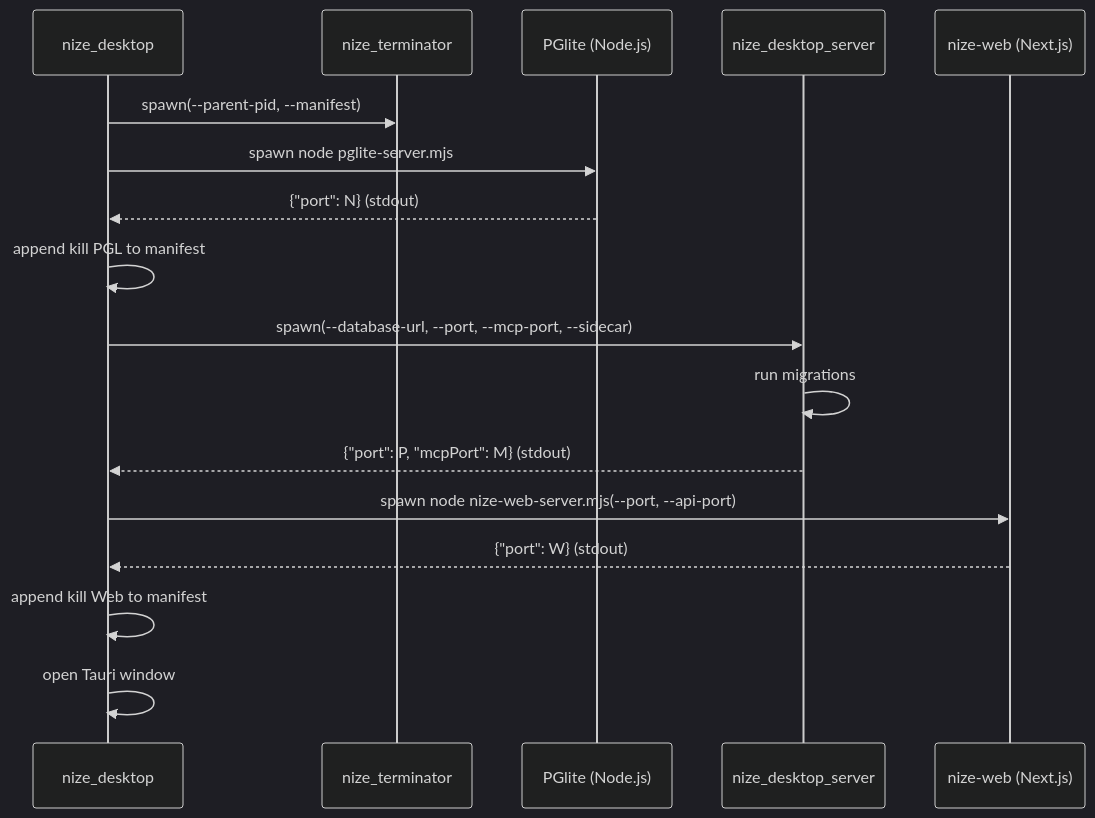
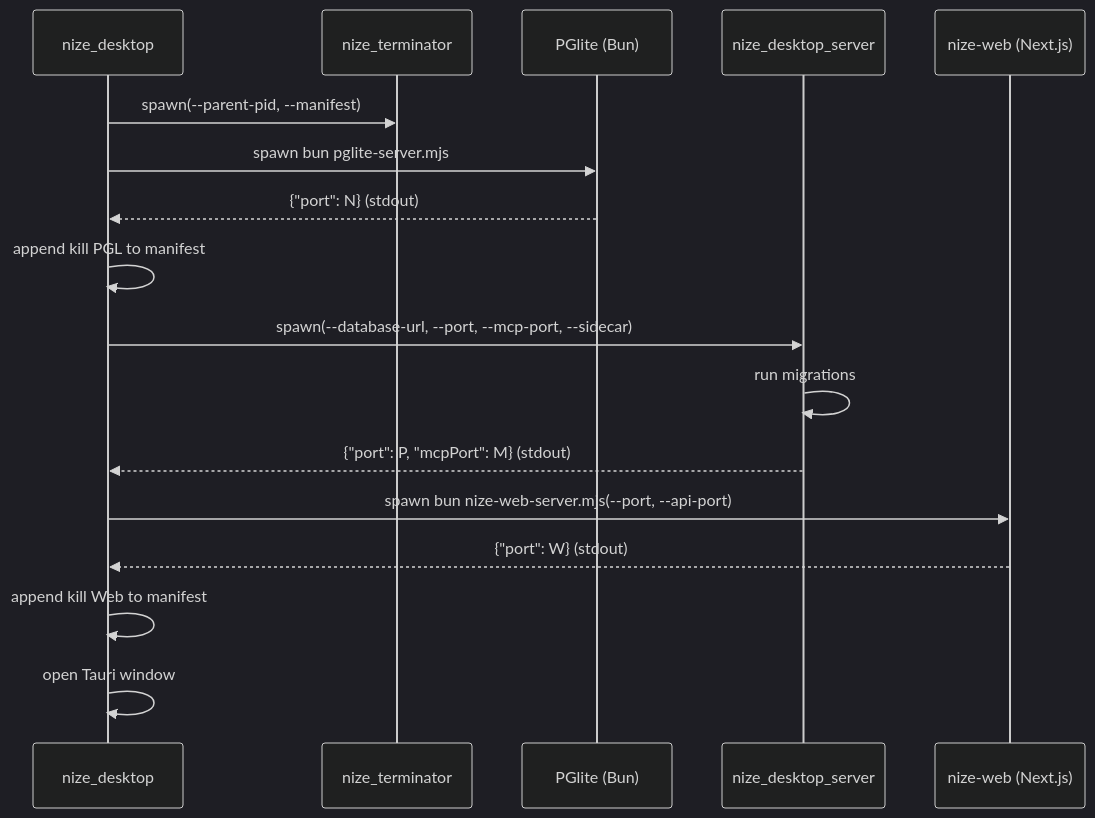
Before and after one commit to six5536/nize2: the second of 4 diagrams in .zen/specs/ARCHITECTURE.md, drawn with Mermaid (dark theme). The commit also changed other lines of this file and 27 other files, not shown here.

Commit message:
refactor: switched to bun from node

````diff
--- a/.zen/specs/ARCHITECTURE.md
+++ b/.zen/specs/ARCHITECTURE.md
@@ -276,20 +276,20 @@
 ```mermaid
 sequenceDiagram
     participant Tauri as nize_desktop
     participant Term as nize_terminator
-    participant PGL as PGlite (Node.js)
+    participant PGL as PGlite (Bun)
     participant Srv as nize_desktop_server
     participant Web as nize-web (Next.js)
 
     Tauri->>Term: spawn(--parent-pid, --manifest)
-    Tauri->>PGL: spawn node pglite-server.mjs
+    Tauri->>PGL: spawn bun pglite-server.mjs
     PGL-->>Tauri: {"port": N} (stdout)
     Tauri->>Tauri: append kill PGL to manifest
     Tauri->>Srv: spawn(--database-url, --port, --mcp-port, --sidecar)
     Srv->>Srv: run migrations
     Srv-->>Tauri: {"port": P, "mcpPort": M} (stdout)
-    Tauri->>Web: spawn node nize-web-server.mjs(--port, --api-port)
+    Tauri->>Web: spawn bun nize-web-server.mjs(--port, --api-port)
     Web-->>Tauri: {"port": W} (stdout)
     Tauri->>Tauri: append kill Web to manifest
     Tauri->>Tauri: open Tauri window
 ```
````
